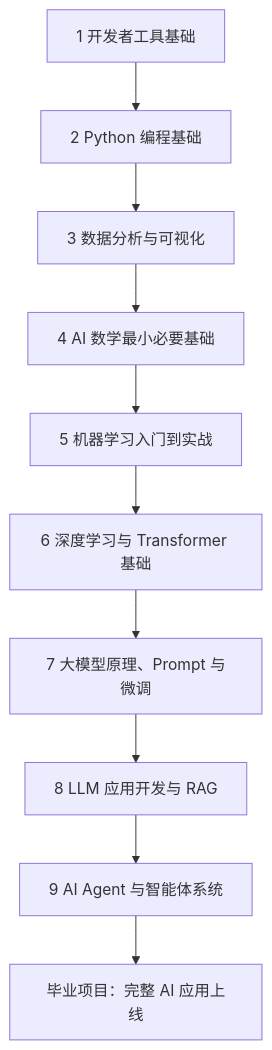
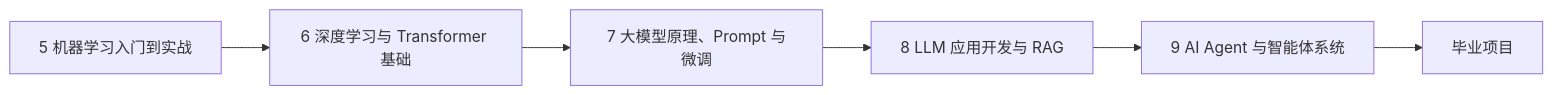
One commit to oudbiao/AI-fullstack-course changed the second of 4 diagrams in docs/intro/learning-path.md. Above: the diagram before and after it, drawn with Mermaid. The commit also changed other lines of this file and 139 other files, not shown here.

````diff
--- a/docs/intro/learning-path.md
+++ b/docs/intro/learning-path.md
@@ -16,12 +62,8 @@
 ```mermaid
-flowchart TD
-  A[1 开发者工具基础] --> B[2 Python 编程基础]
-  B --> C[3 数据分析与可视化]
-  C --> D[4 AI 数学最小必要基础]
-  D --> E[5 机器学习入门到实战]
-  E --> F[6 深度学习与 Transformer 基础]
+flowchart LR
+  E[5 机器学习入门到实战] --> F[6 深度学习与 Transformer 基础]
   F --> G[7 大模型原理、Prompt 与微调]
   G --> H[8 LLM 应用开发与 RAG]
   H --> I[9 AI Agent 与智能体系统]
-  I --> J[毕业项目：完整 AI 应用上线]
+  I --> J[毕业项目]
 ```
````
